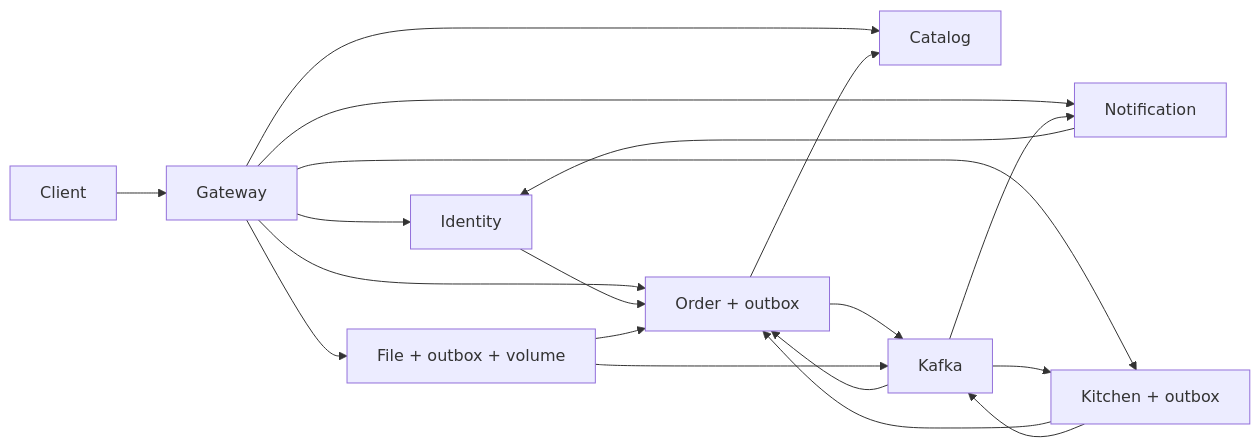
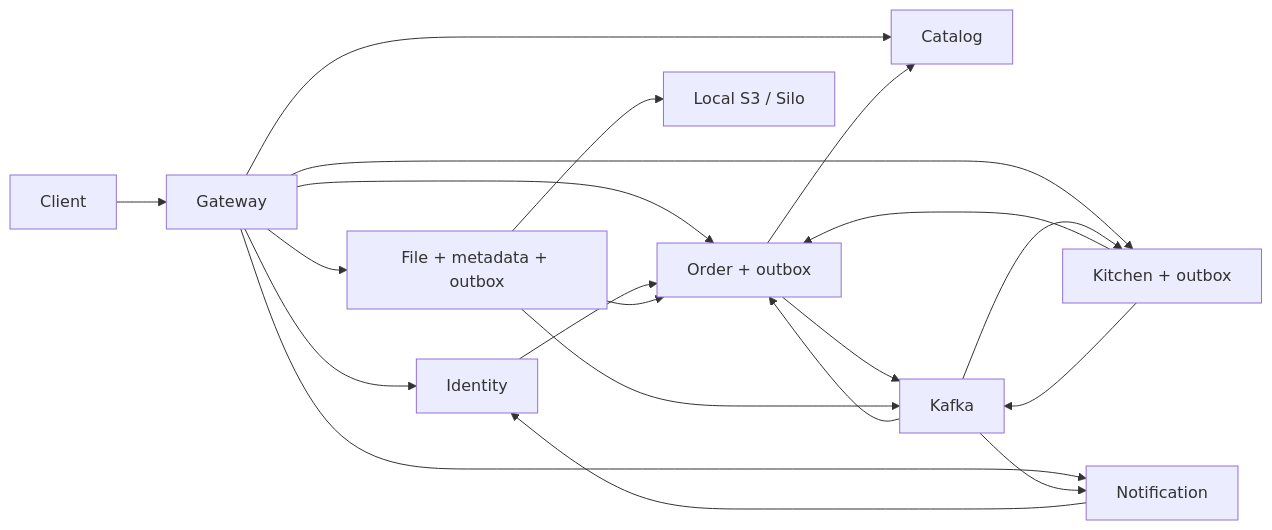
Before and after one commit to Vediusse/high_load: the diagram in README.md, drawn with Mermaid. The commit also changed other lines of this file and 57 other files, not shown here.

````diff
--- a/README.md
+++ b/README.md
@@ -74,21 +75,22 @@
 ```mermaid
 flowchart LR
   Client --> Gateway
   Gateway --> Identity
   Gateway --> Catalog
   Gateway --> Order[Order + outbox]
   Gateway --> Kitchen[Kitchen + outbox]
   Gateway --> Notification
-  Gateway --> File[File + outbox + volume]
+  Gateway --> File[File + metadata + outbox]
+  File --> S3[Local S3 / Silo]
   Identity --> Order
   Kitchen --> Order
   Order --> Catalog
   File --> Order
   Order --> Kafka
   Kitchen --> Kafka
   File --> Kafka
   Kafka --> Notification
   Kafka --> Kitchen
   Kafka --> Order
   Notification --> Identity
 ```
````
